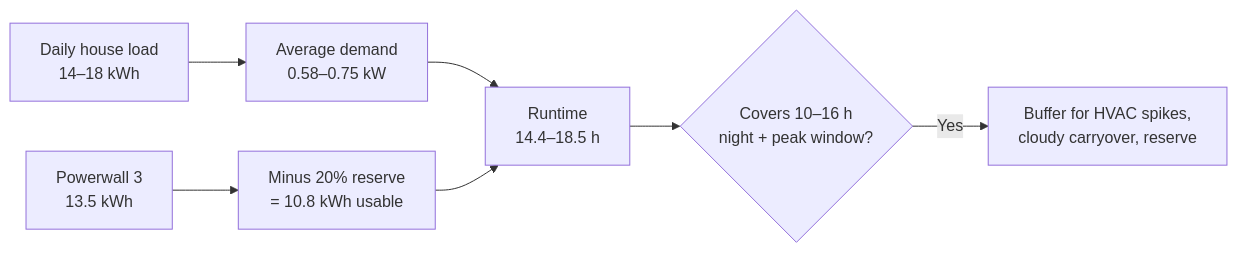
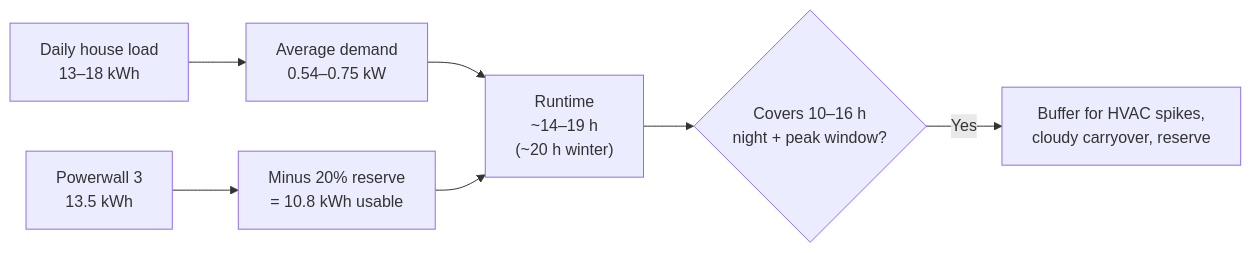
Before and after one commit to VicDubose/Smart-Home-Infrastructure: diagram 11 of 11 in README.md, drawn with Mermaid. The commit also changed other lines of this file, not shown here.

````diff
--- a/README.md
+++ b/README.md
@@ -633,9 +1027,9 @@
 ```mermaid
 flowchart LR
-    A["Daily house load<br/>14–18 kWh"] --> B["Average demand<br/>0.58–0.75 kW"]
+    A["Daily house load<br/>13–18 kWh"] --> B["Average demand<br/>0.54–0.75 kW"]
     C["Powerwall 3<br/>13.5 kWh"] --> D["Minus 20% reserve<br/>= 10.8 kWh usable"]
-    B --> E["Runtime<br/>14.4–18.5 h"]
+    B --> E["Runtime<br/>~14–19 h<br/>(~20 h winter)"]
     D --> E
     E --> F{"Covers 10–16 h<br/>night + peak window?"}
     F -->|Yes| G["Buffer for HVAC spikes,<br/>cloudy carryover, reserve"]
 ```
````
